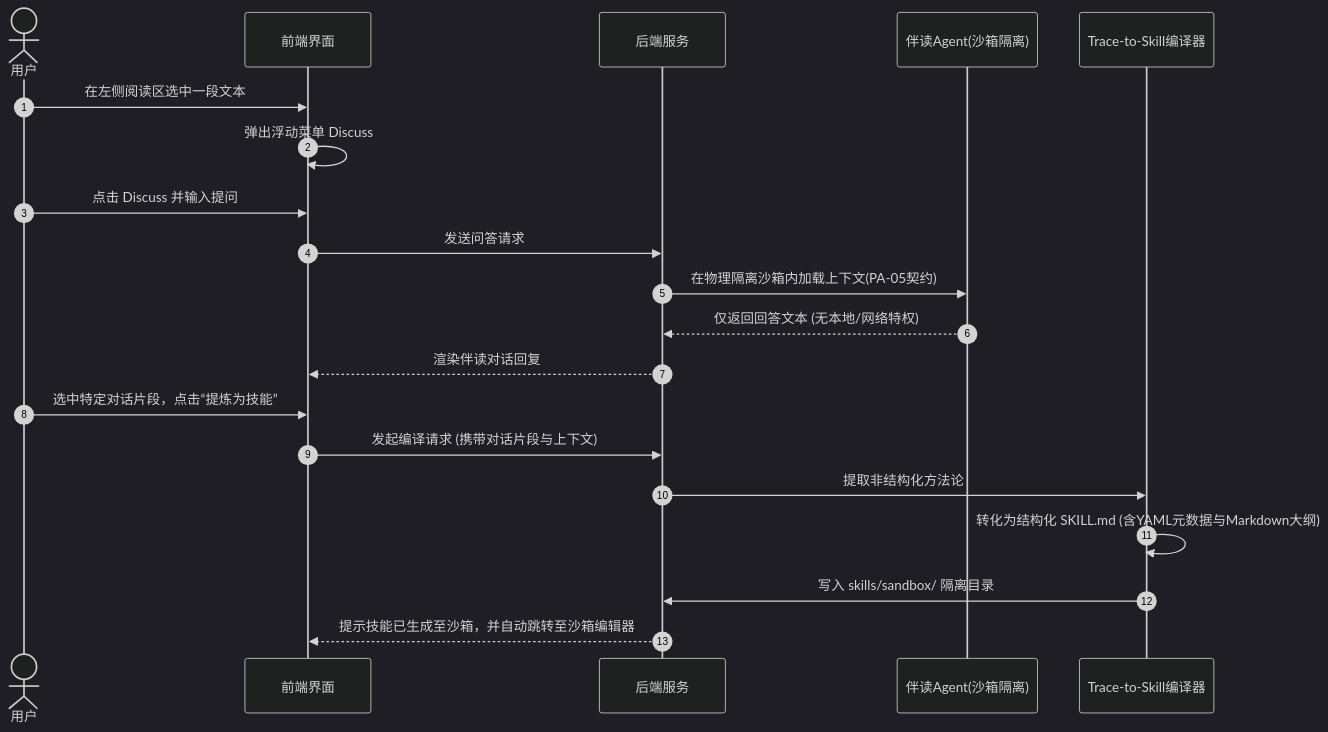
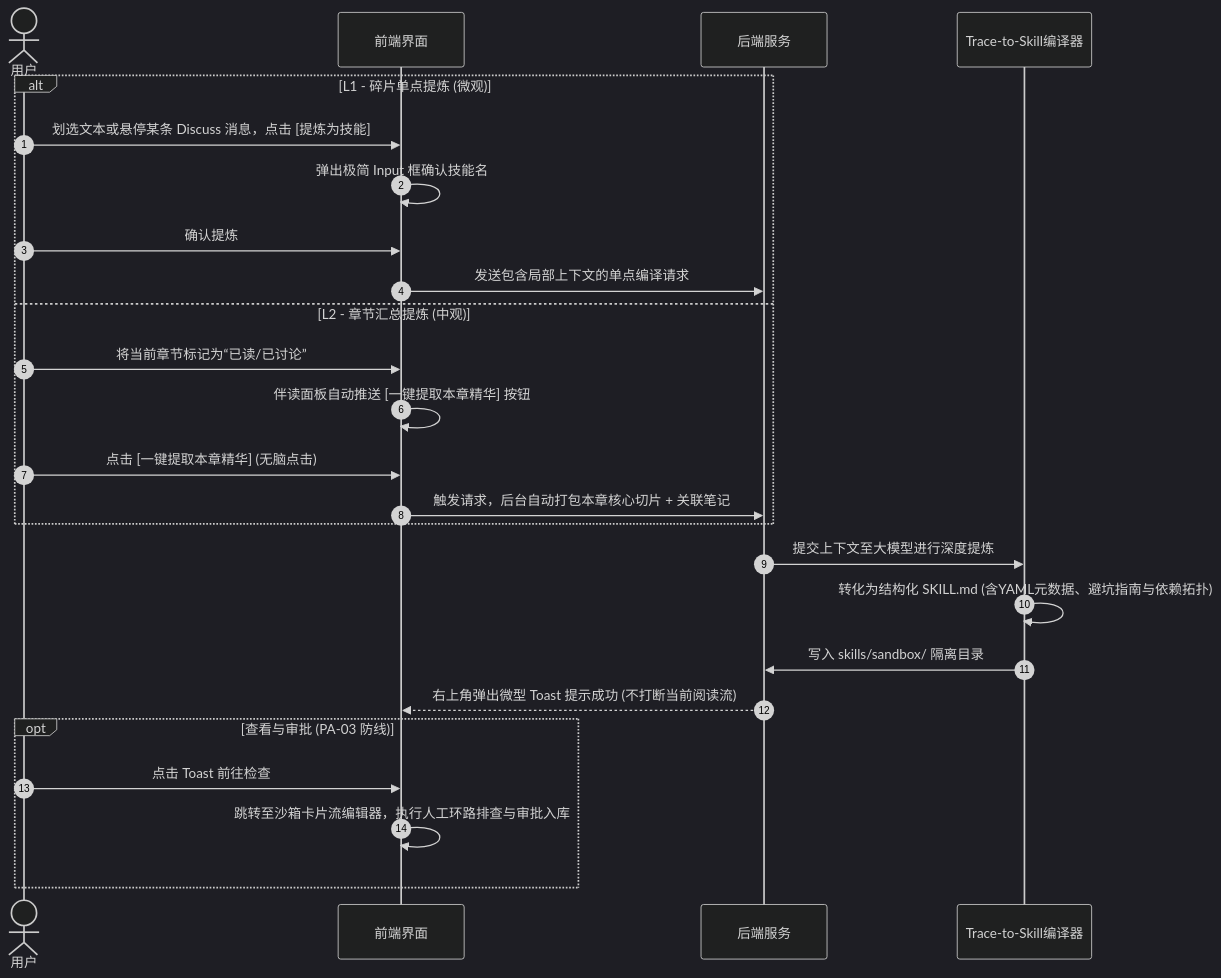
Before and after one commit to shanglihong/i-have-a-plan: the seventh of 8 diagrams in docs/04_interaction_design/flow_state_spec-v1.0.md, drawn with Mermaid (dark theme). The commit also changed other lines of this file, not shown here.

Commit message:
docs: update flow state design specification to version 1.0

````diff
--- a/docs/04_interaction_design/flow_state_spec-v1.0.md
+++ b/docs/04_interaction_design/flow_state_spec-v1.0.md
@@ -192,23 +192,30 @@
 ```mermaid
 sequenceDiagram
     autonumber
     actor User as 用户
     participant FE as 前端界面
     participant BE as 后端服务
-    participant Agent as 伴读Agent(沙箱隔离)
     participant Compiler as Trace-to-Skill编译器
 
-    User->>FE: 在左侧阅读区选中一段文本
-    FE->>FE: 弹出浮动菜单 Discuss
-    User->>FE: 点击 Discuss 并输入提问
-    FE->>BE: 发送问答请求
-    BE->>Agent: 在物理隔离沙箱内加载上下文(PA-05契约)
-    Agent-->>BE: 仅返回回答文本 (无本地/网络特权)
-    BE-->>FE: 渲染伴读对话回复
-    User->>FE: 选中特定对话片段，点击“提炼为技能”
-    FE->>BE: 发起编译请求 (携带对话片段与上下文)
-    BE->>Compiler: 提取非结构化方法论
-    Compiler->>Compiler: 转化为结构化 SKILL.md (含YAML元数据与Markdown大纲)
+    alt L1 - 碎片单点提炼 (微观)
+        User->>FE: 划选文本或悬停某条 Discuss 消息，点击 [提炼为技能]
+        FE->>FE: 弹出极简 Input 框确认技能名
+        User->>FE: 确认提炼
+        FE->>BE: 发送包含局部上下文的单点编译请求
+    else L2 - 章节汇总提炼 (中观)
+        User->>FE: 将当前章节标记为“已读/已讨论”
+        FE->>FE: 伴读面板自动推送 [一键提取本章精华] 按钮
+        User->>FE: 点击 [一键提取本章精华] (无脑点击)
+        FE->>BE: 触发请求，后台自动打包本章核心切片 + 关联笔记
+    end
+
+    BE->>Compiler: 提交上下文至大模型进行深度提炼
+    Compiler->>Compiler: 转化为结构化 SKILL.md (含YAML元数据、避坑指南与依赖拓扑)
     Compiler->>BE: 写入 skills/sandbox/ 隔离目录
-    BE-->>FE: 提示技能已生成至沙箱，并自动跳转至沙箱编辑器
+    BE-->>FE: 右上角弹出微型 Toast 提示成功 (不打断当前阅读流)
+    
+    opt 查看与审批 (PA-03 防线)
+        User->>FE: 点击 Toast 前往检查
+        FE->>FE: 跳转至沙箱卡片流编辑器，执行人工环路排查与审批入库
+    end
 ```
````
